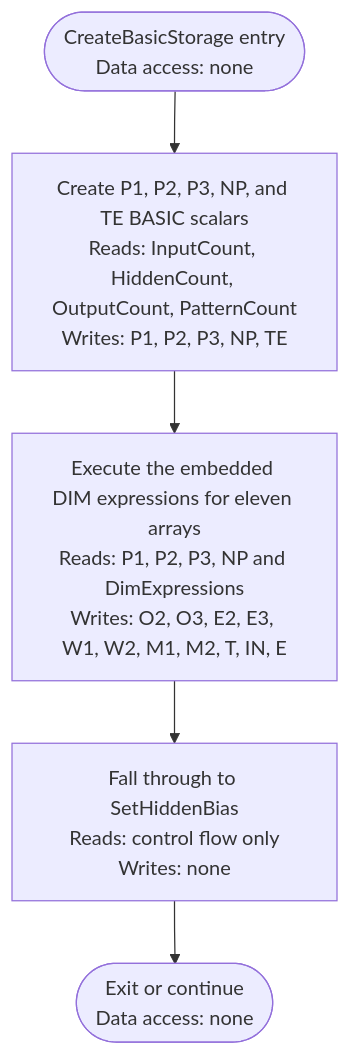
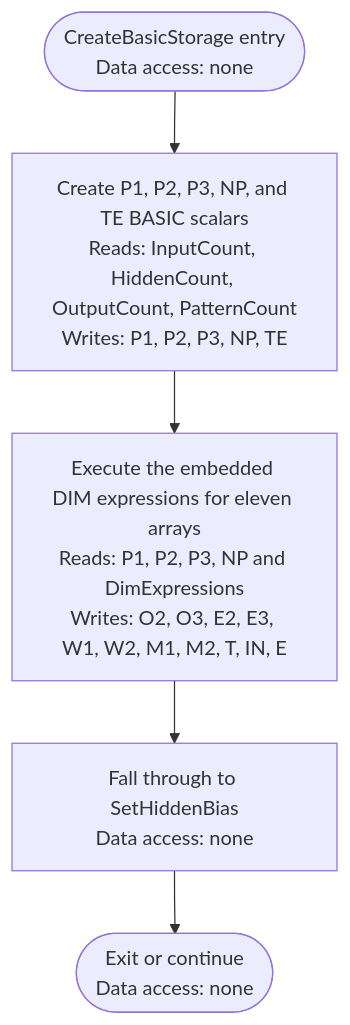
One commit to sharpninja/NeuralNetworks changed diagram 11 of 51 in docs/Diagrams/BP-ML-Activity-Diagrams.md. Above: the diagram before and after it, drawn with Mermaid. The commit also changed other lines of this file and 10 other files, not shown here.

````diff
--- a/docs/Diagrams/BP-ML-Activity-Diagrams.md
+++ b/docs/Diagrams/BP-ML-Activity-Diagrams.md
@@ -299,7 +340,7 @@
 ```mermaid
 flowchart TD
     A(["CreateBasicStorage entry<br/>Data access: none"]) --> B["Create P1, P2, P3, NP, and TE BASIC scalars<br/>Reads: InputCount, HiddenCount, OutputCount, PatternCount<br/>Writes: P1, P2, P3, NP, TE"]
     B --> C["Execute the embedded DIM expressions for eleven arrays<br/>Reads: P1, P2, P3, NP and DimExpressions<br/>Writes: O2, O3, E2, E3, W1, W2, M1, M2, T, IN, E"]
-    C --> D["Fall through to SetHiddenBias<br/>Reads: control flow only<br/>Writes: none"]
+    C --> D["Fall through to SetHiddenBias<br/>Data access: none"]
     D --> Z(["Exit or continue<br/>Data access: none"])
 ```
````
